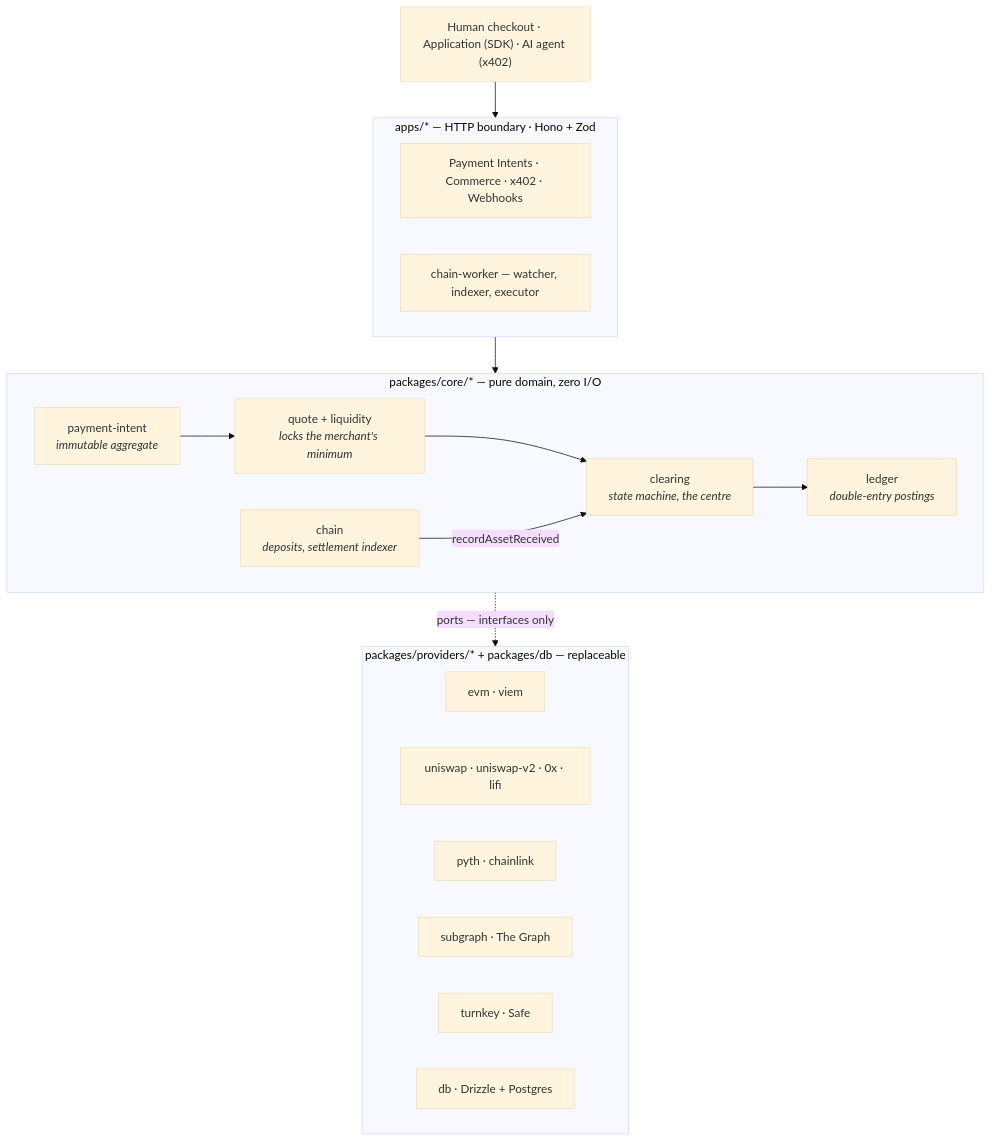
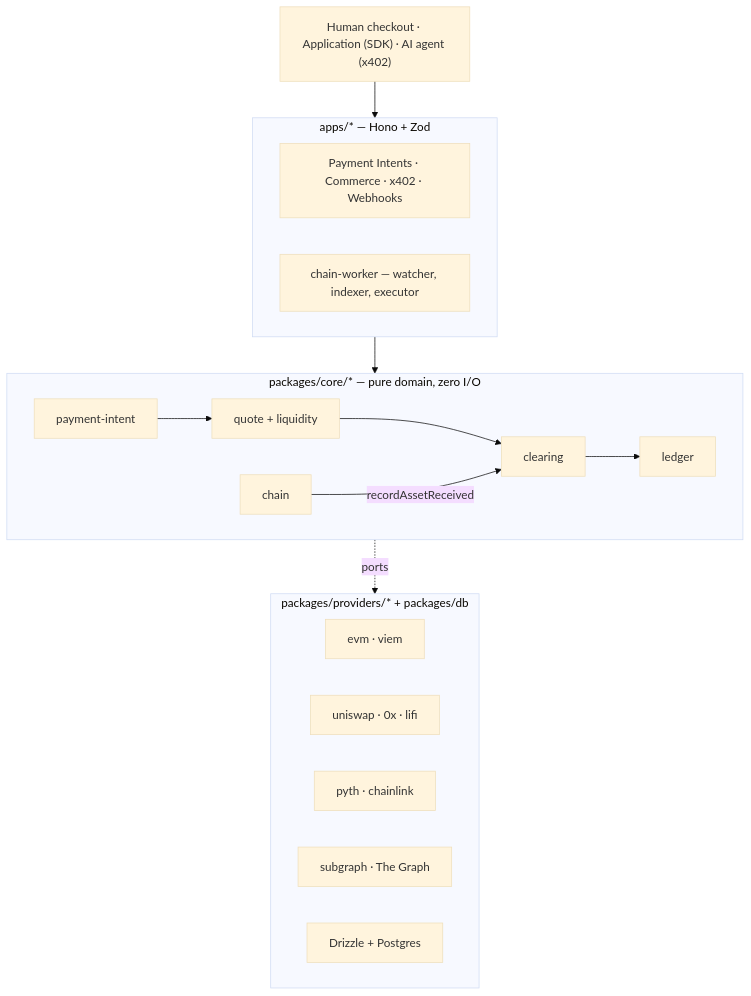
One commit to playriglabs/mayarin changed the diagram in README.md. Above: the diagram before and after it, drawn with Mermaid (base theme). The commit also changed other lines of this file, not shown here.

````diff
--- a/README.md
+++ b/README.md
@@ -91,32 +76,25 @@
 ```mermaid
 flowchart TB
     Payer["Human checkout · Application (SDK) · AI agent (x402)"]
 
-    subgraph Edge["apps/* — HTTP boundary · Hono + Zod"]
+    subgraph Edge["apps/* — Hono + Zod"]
         API["Payment Intents · Commerce · x402 · Webhooks"]
         Worker["chain-worker — watcher, indexer, executor"]
     end
 
     subgraph Core["packages/core/* — pure domain, zero I/O"]
-        Intent["payment-intent<br/><i>immutable aggregate</i>"]
-        Quote["quote + liquidity<br/><i>locks the merchant's minimum</i>"]
-        Clearing["clearing<br/><i>state machine, the centre</i>"]
-        Ledger["ledger<br/><i>double-entry postings</i>"]
-        Chain["chain<br/><i>deposits, settlement indexer</i>"]
-        Intent --> Quote --> Clearing --> Ledger
-        Chain -- recordAssetReceived --> Clearing
+        Intent["payment-intent"] --> Quote["quote + liquidity"] --> Clearing["clearing"] --> Ledger["ledger"]
+        Chain["chain"] -- recordAssetReceived --> Clearing
     end
 
-    subgraph Adapters["packages/providers/* + packages/db — replaceable"]
+    subgraph Adapters["packages/providers/* + packages/db"]
         EVM["evm · viem"]
-        Swap["uniswap · uniswap-v2 · 0x · lifi"]
+        Swap["uniswap · 0x · lifi"]
         Oracle["pyth · chainlink"]
         Graph["subgraph · The Graph"]
-        Wallet["turnkey · Safe"]
-        DB["db · Drizzle + Postgres"]
+        DB["Drizzle + Postgres"]
     end
 
-    Payer --> Edge
-    Edge --> Core
-    Core -. "ports — interfaces only" .-> Adapters
+    Payer --> Edge --> Core
+    Core -. ports .-> Adapters
 ```
````
